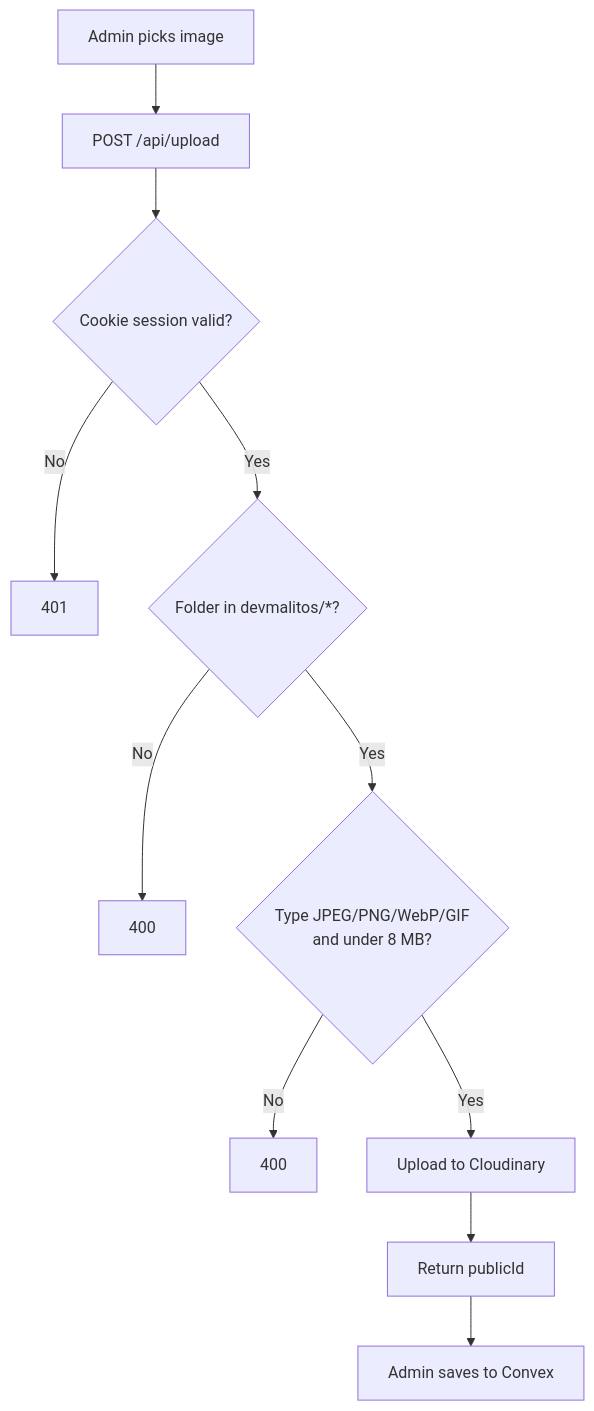
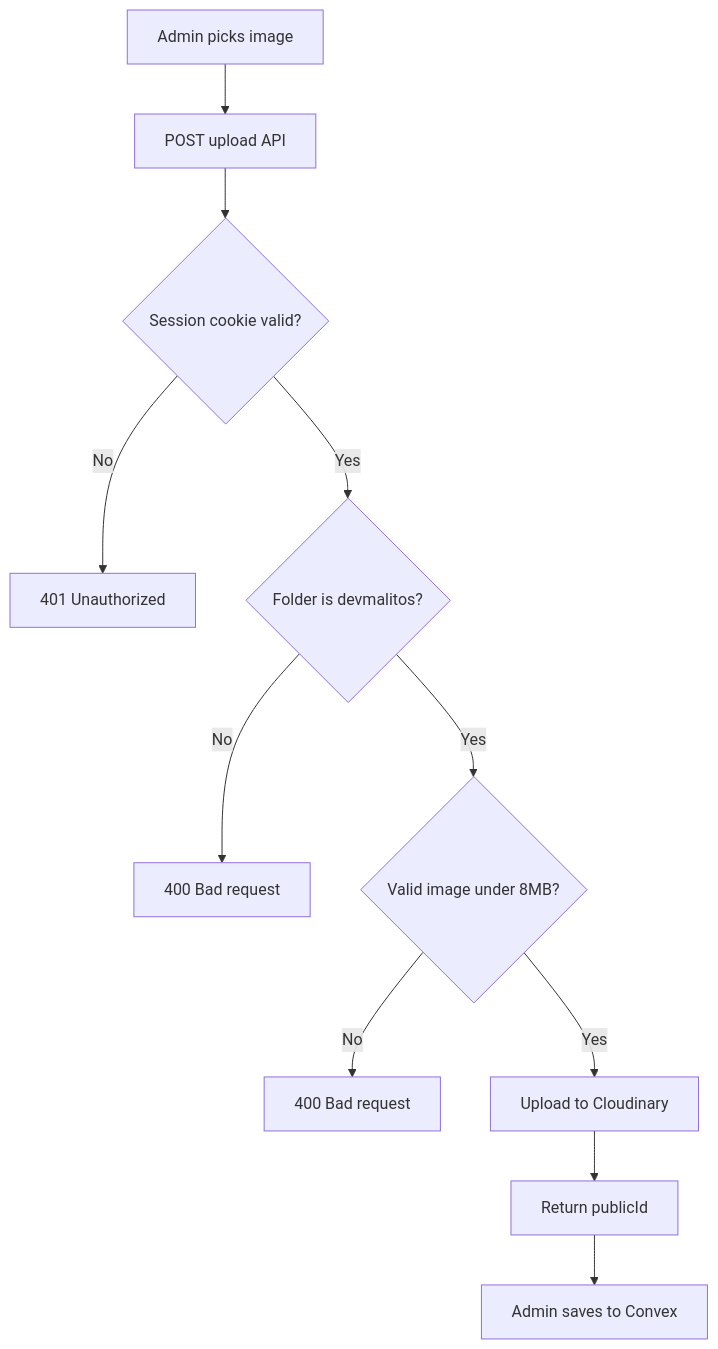
Before and after one commit to mawlid1431/Portfolio: the eighth of 15 diagrams in README.md, drawn with Mermaid. The commit also changed other lines of this file, not shown here.

````diff
--- a/README.md
+++ b/README.md
@@ -435,13 +453,13 @@
 ```mermaid
 flowchart TD
-  A["Admin picks image"] --> B["POST /api/upload"]
-  B --> C{"Cookie session valid?"}
-  C -->|No| D["401"]
-  C -->|Yes| E{"Folder in devmalitos/*?"}
-  E -->|No| F["400"]
-  E -->|Yes| G{"Type JPEG/PNG/WebP/GIF<br/>and under 8 MB?"}
-  G -->|No| H["400"]
+  A["Admin picks image"] --> B["POST upload API"]
+  B --> C{"Session cookie valid?"}
+  C -->|No| D["401 Unauthorized"]
+  C -->|Yes| E{"Folder is devmalitos?"}
+  E -->|No| F["400 Bad request"]
+  E -->|Yes| G{"Valid image under 8MB?"}
+  G -->|No| H["400 Bad request"]
   G -->|Yes| I["Upload to Cloudinary"]
   I --> J["Return publicId"]
   J --> K["Admin saves to Convex"]
 ```
````
